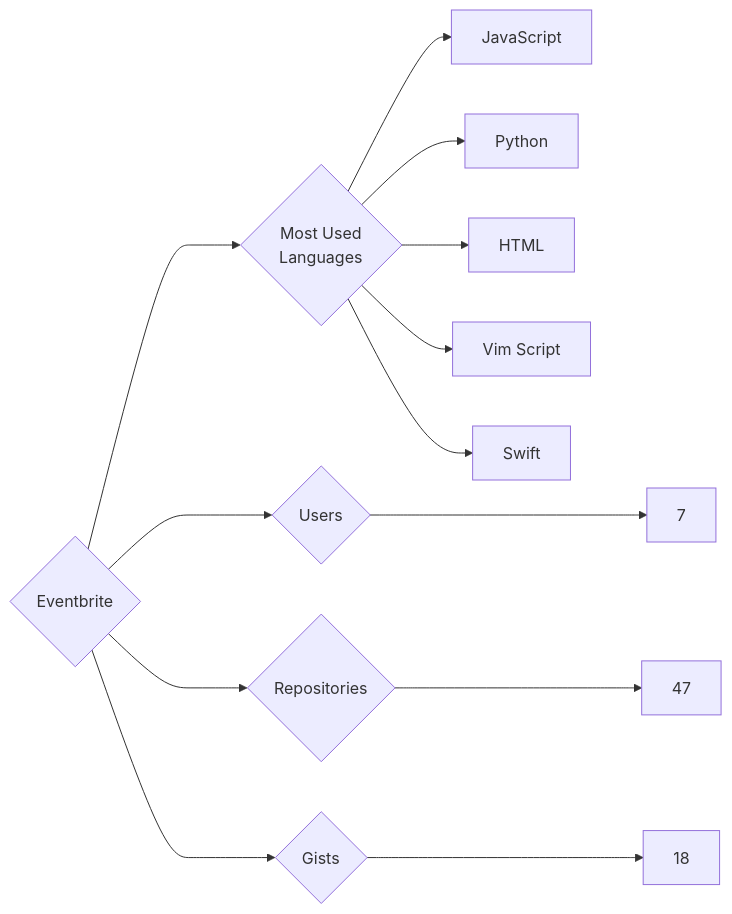
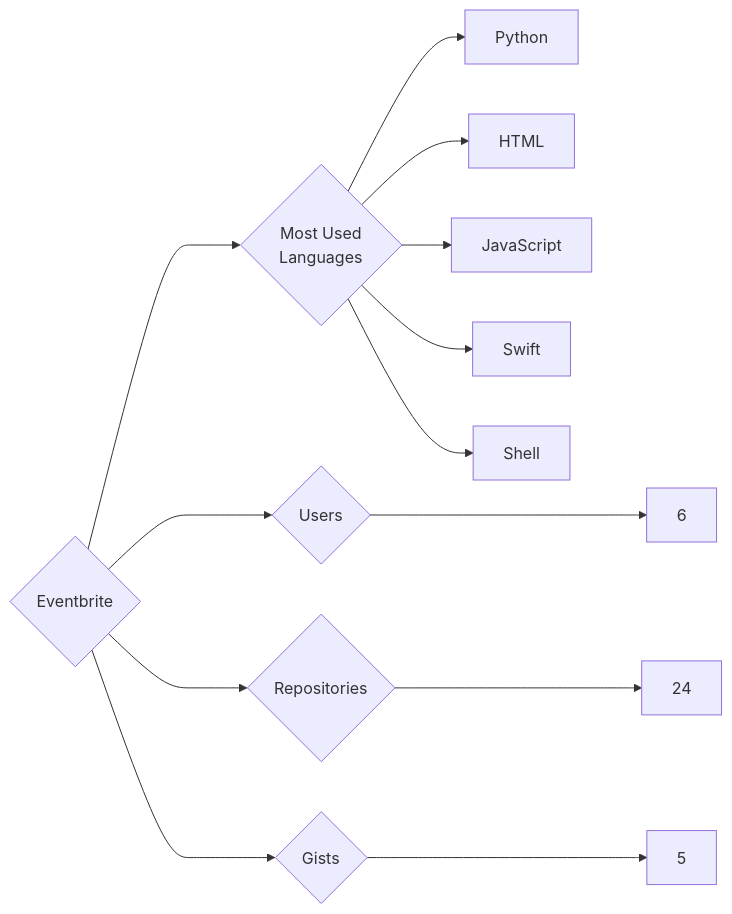
The diagram in targets/Eventbrite/README.md (trickest/insiders), drawn with Mermaid before and after one commit. The commit also changed 934 other files, not shown here.

````diff
--- a/targets/Eventbrite/README.md
+++ b/targets/Eventbrite/README.md
@@ -3,13 +3,13 @@
 ```mermaid
 graph LR
 COMPANY_NAME{Eventbrite}
-COMPANY_NAME ---> U{Users} ---> UN[7]
-COMPANY_NAME ---> R{Repositories} ---> RN[47]
-COMPANY_NAME ---> G{Gists} ---> GN[18]
+COMPANY_NAME ---> U{Users} ---> UN[6]
+COMPANY_NAME ---> R{Repositories} ---> RN[24]
+COMPANY_NAME ---> G{Gists} ---> GN[5]
 COMPANY_NAME ---> ML{Most Used<br>Languages}
-ML --> JavaScript[JavaScript]
 ML --> Python[Python]
 ML --> HTML[HTML]
-ML --> Vim_Script[Vim Script]
+ML --> JavaScript[JavaScript]
 ML --> Swift[Swift]
+ML --> Shell[Shell]
 ```
````
